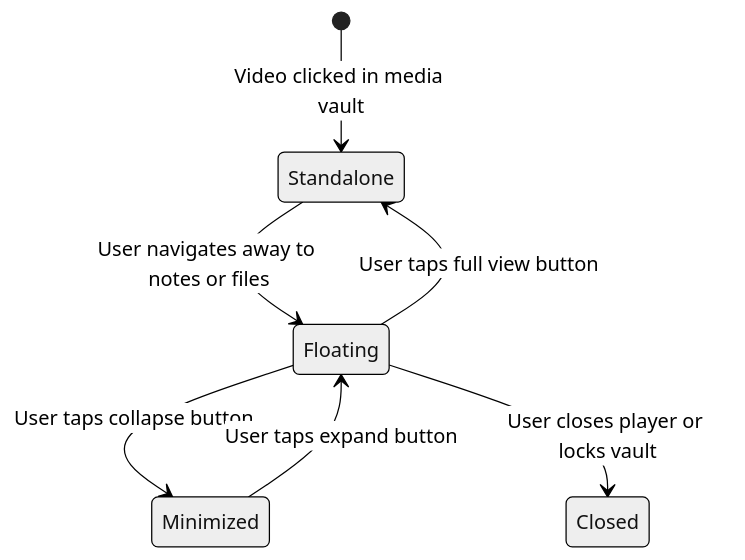
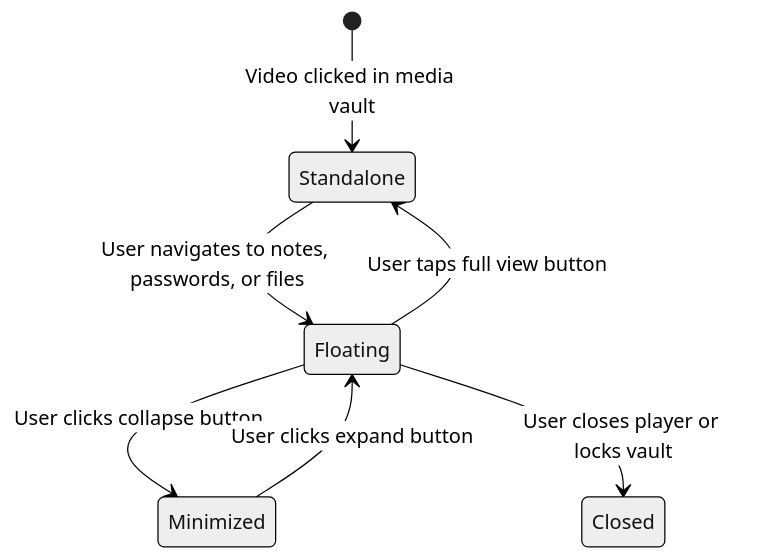
One commit to adadarsh23/vault changed the third of 6 diagrams in doc/client-features.md. Above: the diagram before and after it, drawn with Mermaid (neutral theme). The commit also changed other lines of this file and 2012 other files, not shown here.

````diff
--- a/doc/client-features.md
+++ b/doc/client-features.md
@@ -33,9 +80,9 @@
 ```mermaid
 stateDiagram-v2
     [*] --> Standalone: Video clicked in media vault
-    Standalone --> Floating: User navigates away to notes or files
-    Floating --> Minimized: User taps collapse button
-    Minimized --> Floating: User taps expand button
+    Standalone --> Floating: User navigates to notes, passwords, or files
+    Floating --> Minimized: User clicks collapse button
+    Minimized --> Floating: User clicks expand button
     Floating --> Standalone: User taps full view button
     Floating --> Closed: User closes player or locks vault
 ```
````
